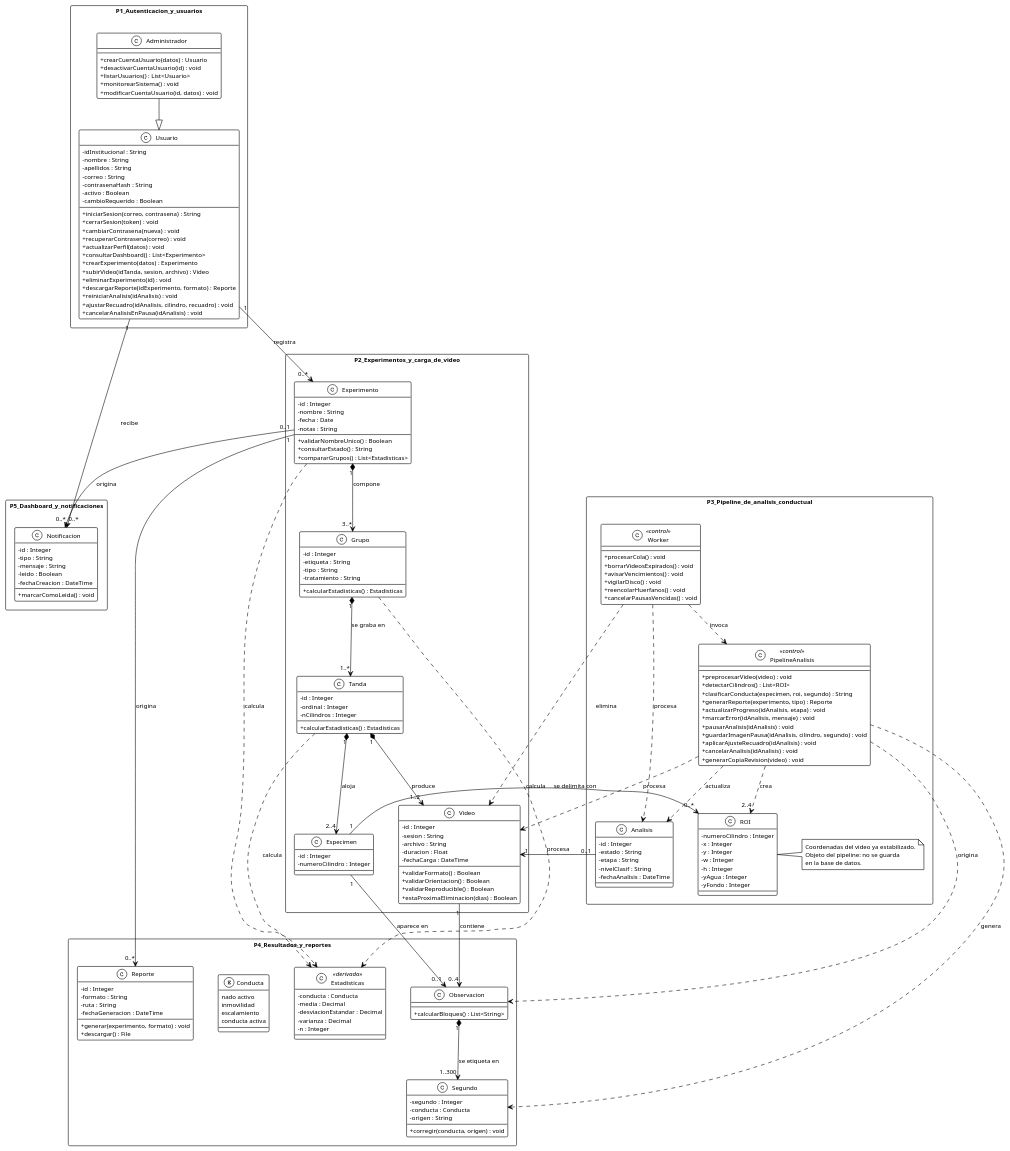
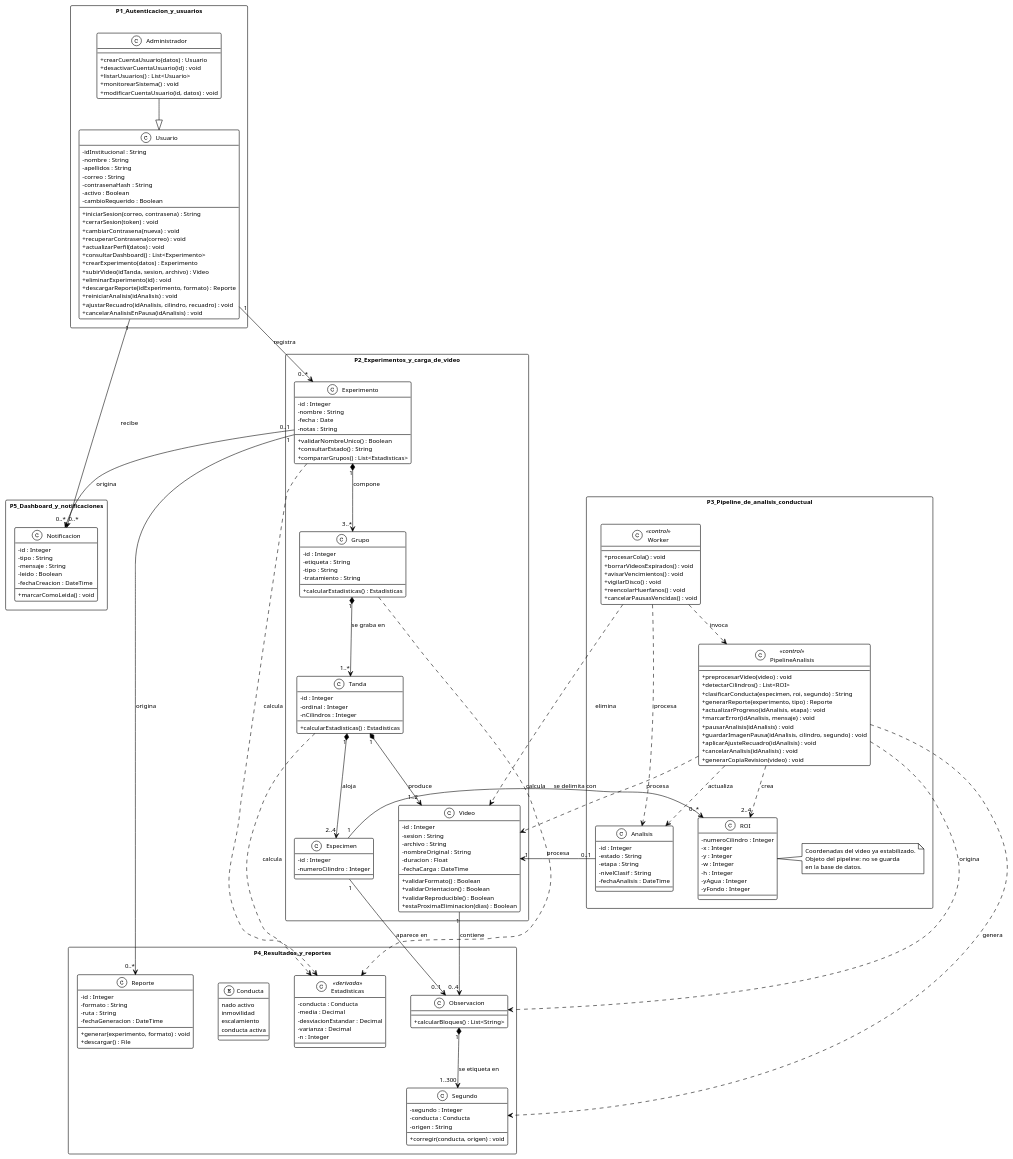
Before and after one commit to ErickJester/fst-ai-system-latex: the diagram in diagramas/guia_web/clases.puml, drawn with PlantUML. The commit also changed 17 other files, not shown here.

```diff
--- a/diagramas/guia_web/clases.puml
+++ b/diagramas/guia_web/clases.puml
@@ -71,6 +71,7 @@
     -id : Integer
     -sesion : String
     -archivo : String
+    -nombreOriginal : String
     -duracion : Float
     -fechaCarga : DateTime
     +validarFormato() : Boolean
```
